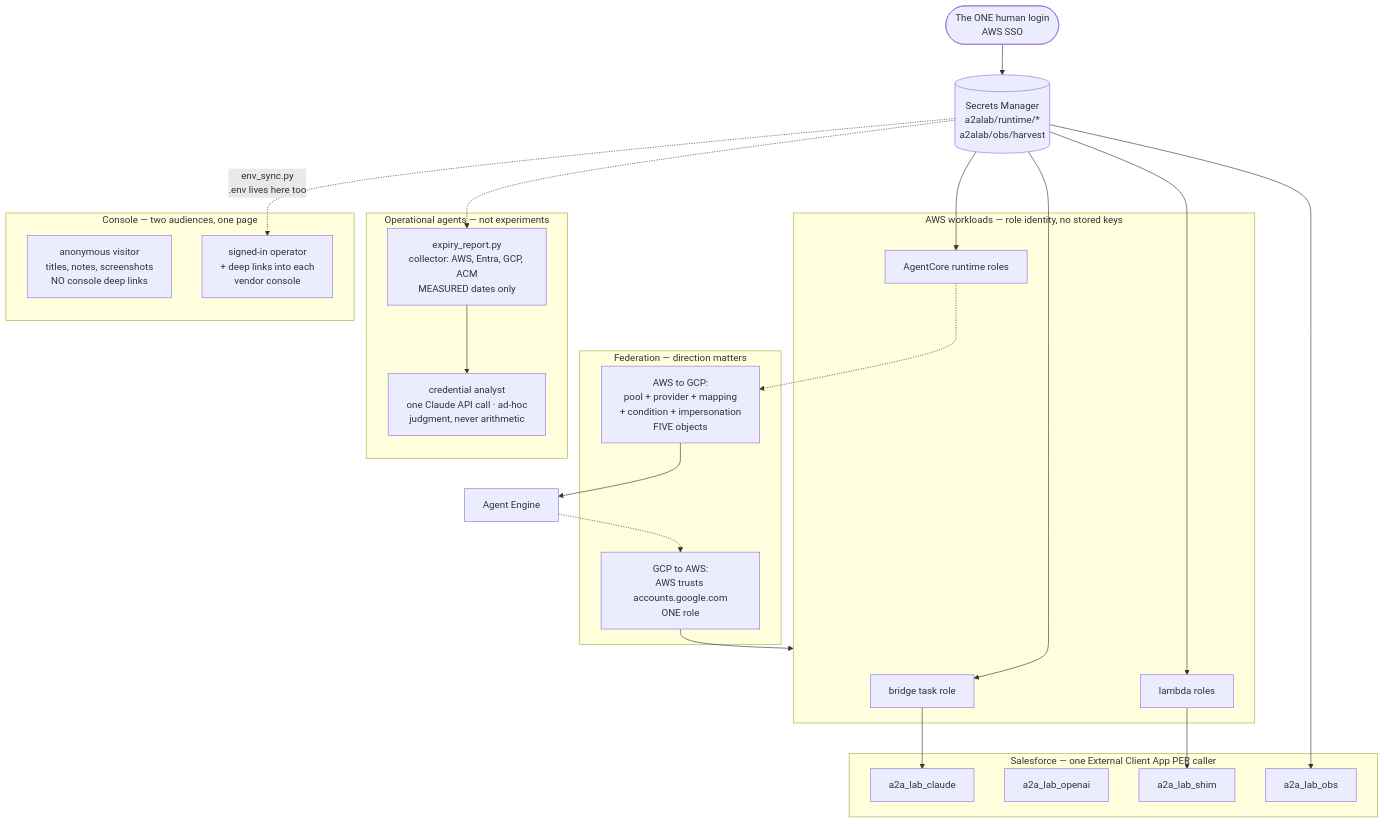
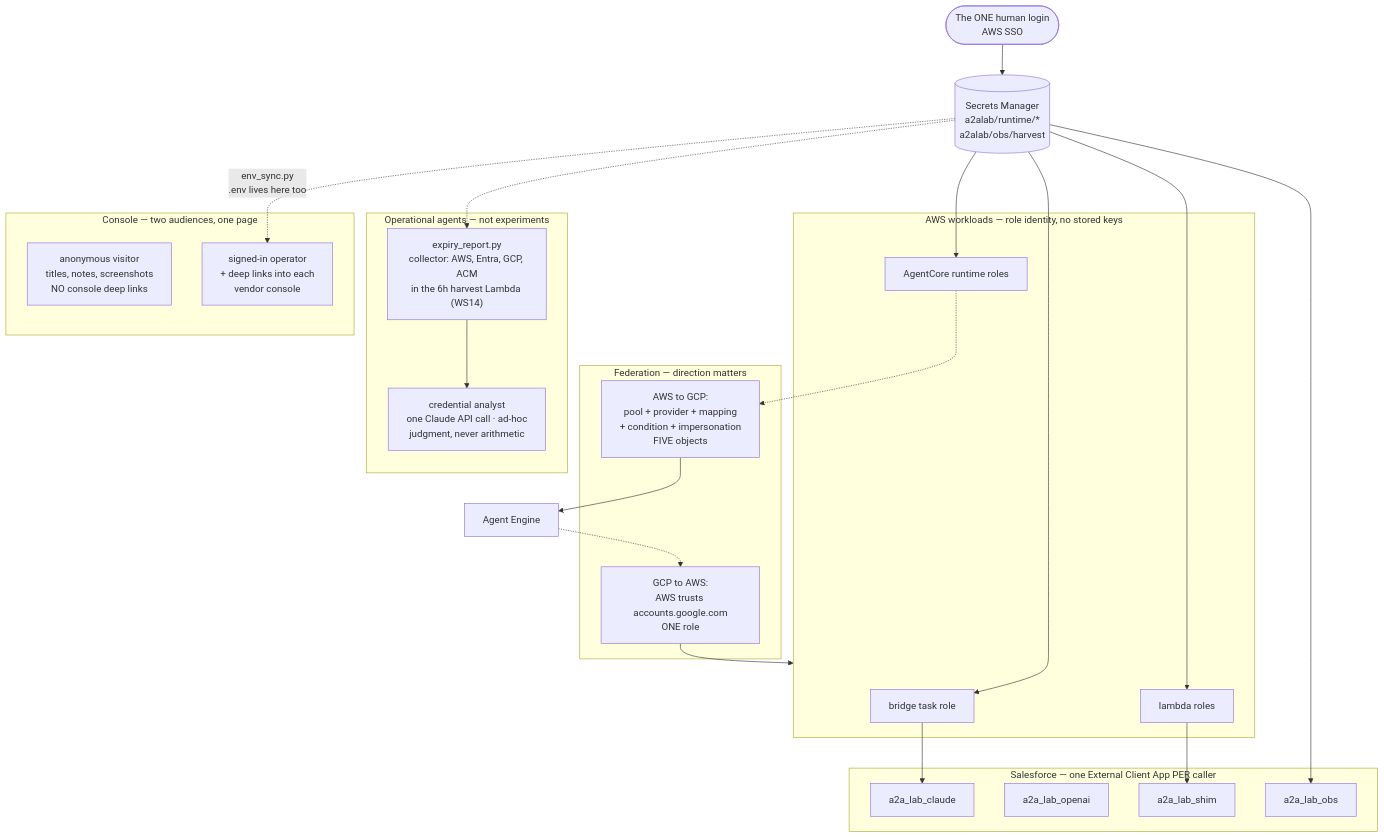
The fifth of 9 diagrams in plan/09-deployment-map.md (congmingwudi/a2a-lab), drawn with Mermaid before and after one commit. The commit also changed other lines of this file and 2 other files, not shown here.

````diff
--- a/plan/09-deployment-map.md
+++ b/plan/09-deployment-map.md
@@ -252,46 +252,46 @@
 ```mermaid
 flowchart TB
   HUMAN(["The ONE human login<br/>AWS SSO"])
   HUMAN --> SM[("Secrets Manager<br/>a2alab/runtime/*<br/>a2alab/obs/harvest")]
 
   subgraph AWSID["AWS workloads — role identity, no stored keys"]
     TR["bridge task role"]
     LR["lambda roles"]
     AR["AgentCore runtime roles"]
   end
   SM --> TR
   SM --> LR
   SM --> AR
 
   subgraph SFID["Salesforce — one External Client App PER caller"]
     E1["a2a_lab_claude"]
     E2["a2a_lab_openai"]
     E3["a2a_lab_shim"]
     E4["a2a_lab_obs"]
   end
   TR --> E1
   LR --> E3
   SM --> E4
 
   subgraph FED["Federation — direction matters"]
     G2A["GCP to AWS:<br/>AWS trusts accounts.google.com<br/>ONE role"]
     A2G["AWS to GCP:<br/>pool + provider + mapping<br/>+ condition + impersonation<br/>FIVE objects"]
   end
   AR -.-> A2G
   A2G --> ADKX["Agent Engine"]
   ADKX -.-> G2A
   G2A --> AWSID
 
   subgraph OPS["Operational agents — not experiments"]
-    EXP["expiry_report.py<br/>collector: AWS, Entra, GCP, ACM<br/>MEASURED dates only"]
+    EXP["expiry_report.py<br/>collector: AWS, Entra, GCP, ACM<br/>in the 6h harvest Lambda (WS14)"]
     CANA["credential analyst<br/>one Claude API call · ad-hoc<br/>judgment, never arithmetic"]
     EXP --> CANA
   end
   SM -.-> EXP
 
   subgraph PUB["Console — two audiences, one page"]
     ANON["anonymous visitor<br/>titles, notes, screenshots<br/>NO console deep links"]
     OPER["signed-in operator<br/>+ deep links into each<br/>vendor console"]
   end
   SM -.->|"env_sync.py<br/>.env lives here too"| OPER
 ```
````
